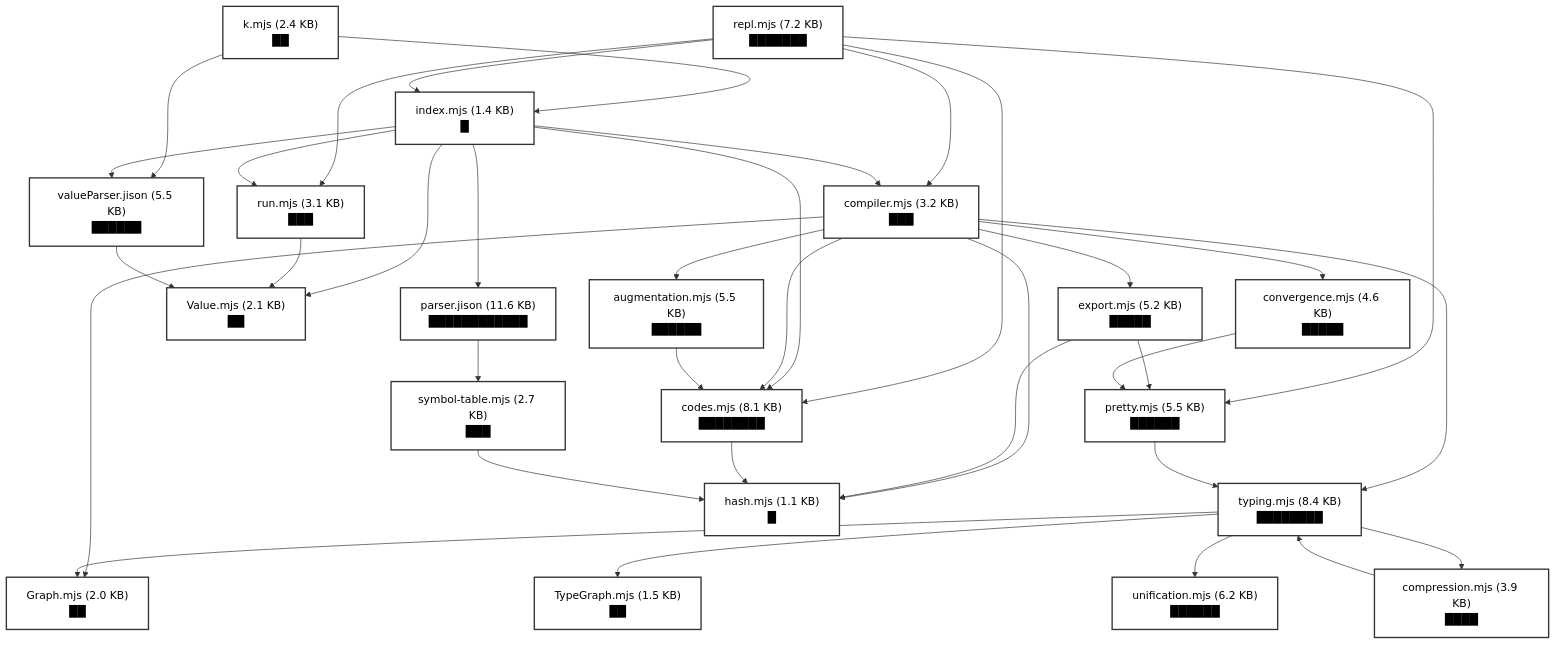
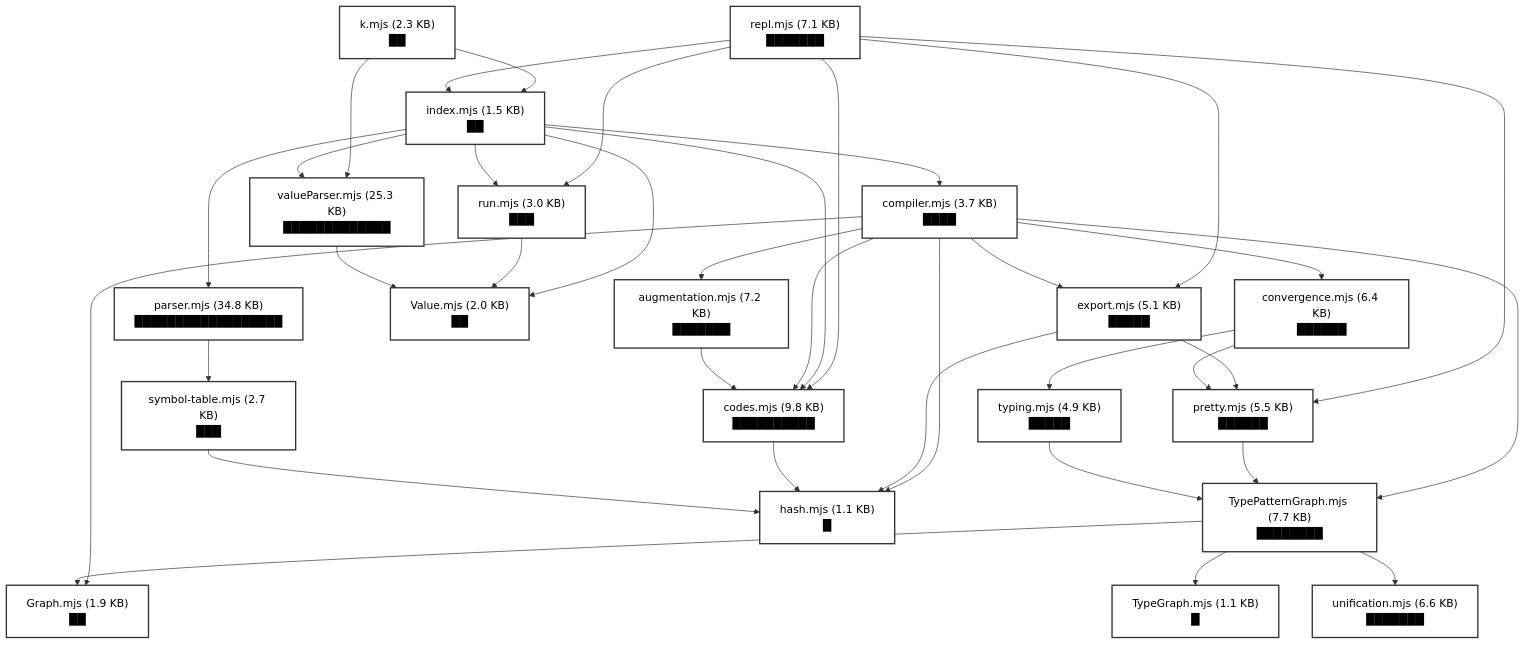
One commit to fraczak/k changed the diagram in dependency-graph.md. Above: the diagram before and after it, drawn with Mermaid. The commit also changed 8 other files, not shown here.

Commit message:
Extract TypePatternGraph to separate module

````diff
--- a/dependency-graph.md
+++ b/dependency-graph.md
@@ -3,58 +3,58 @@
 ```mermaid
 graph TD
     %% Base styling (no colors)
     classDef default fill:#fff,stroke:#333,stroke-width:2px,color:#000;
 
     %% High-level API & Execution
-    k["k.mjs (2.4 KB)<br/>██"] --> index["index.mjs (1.4 KB)<br/>█"]
-    k --> valueParser["valueParser.jison (5.5 KB)<br/>██████"]
+    k["k.mjs (2.3 KB)<br/>██"] --> index["index.mjs (1.5 KB)<br/>██"]
+    k --> valueParser["valueParser.mjs (25.3 KB)<br/>█████████████"]
     
-    repl["repl.mjs (7.2 KB)<br/>███████"] --> index
-    repl --> run["run.mjs (3.1 KB)<br/>███"]
+    repl["repl.mjs (7.1 KB)<br/>███████"] --> index
+    repl --> run["run.mjs (3.0 KB)<br/>███"]
     repl --> pretty["pretty.mjs (5.5 KB)<br/>██████"]
-    repl --> codes["codes.mjs (8.1 KB)<br/>████████"]
-    repl --> compiler["compiler.mjs (3.2 KB)<br/>███"]
+    repl --> codes["codes.mjs (9.8 KB)<br/>██████████"]
+    repl --> export["export.mjs (5.1 KB)<br/>█████"]
     
-    index --> parser["parser.jison (11.6 KB)<br/>████████████"]
-    index --> Value["Value.mjs (2.1 KB)<br/>██"]
+    index --> parser["parser.mjs (34.8 KB)<br/>██████████████████"]
+    index --> Value["Value.mjs (2.0 KB)<br/>██"]
     index --> valueParser
-    index --> compiler
+    index --> compiler["compiler.mjs (3.7 KB)<br/>████"]
     index --> run
     index --> codes
 
     %% Execution Semantics
     run --> Value
 
     %% Type Derivation & Compiler
-    compiler --> typing["typing.mjs (8.4 KB)<br/>████████"]
+    compiler --> TypePatternGraph["TypePatternGraph.mjs (7.7 KB)<br/>████████"]
     compiler --> codes
-    compiler --> Graph["Graph.mjs (2.0 KB)<br/>██"]
+    compiler --> Graph["Graph.mjs (1.9 KB)<br/>██"]
     compiler --> hash["hash.mjs (1.1 KB)<br/>█"]
-    compiler --> export["export.mjs (5.2 KB)<br/>█████"]
-    compiler --> augmentation["augmentation.mjs (5.5 KB)<br/>██████"]
-    compiler --> convergence["convergence.mjs (4.6 KB)<br/>█████"]
+    compiler --> export
+    compiler --> augmentation["augmentation.mjs (7.2 KB)<br/>███████"]
+    compiler --> convergence["convergence.mjs (6.4 KB)<br/>██████"]
     
     export --> pretty
     export --> hash
     
     augmentation --> codes
     
     convergence --> pretty
+    convergence --> typing["typing.mjs (4.9 KB)<br/>█████"]
 
-    pretty --> typing
+    pretty --> TypePatternGraph
     
     %% Core Registries & Types
     codes --> hash
-    typing --> Graph
-    typing --> TypeGraph["TypeGraph.mjs (1.5 KB)<br/>██"]
-    typing --> unification["unification.mjs (6.2 KB)<br/>██████"]
-    typing --> compression["compression.mjs (3.9 KB)<br/>████"]
-
-    compression --> typing
+    TypePatternGraph --> Graph
+    TypePatternGraph --> TypeGraph["TypeGraph.mjs (1.1 KB)<br/>█"]
+    TypePatternGraph --> unification["unification.mjs (6.6 KB)<br/>███████"]
+    
+    typing --> TypePatternGraph
 
     %% Parsers (Jison dependencies)
     parser --> symbolTable["symbol-table.mjs (2.7 KB)<br/>███"]
     symbolTable --> hash
     
     valueParser --> Value
 ```
````
